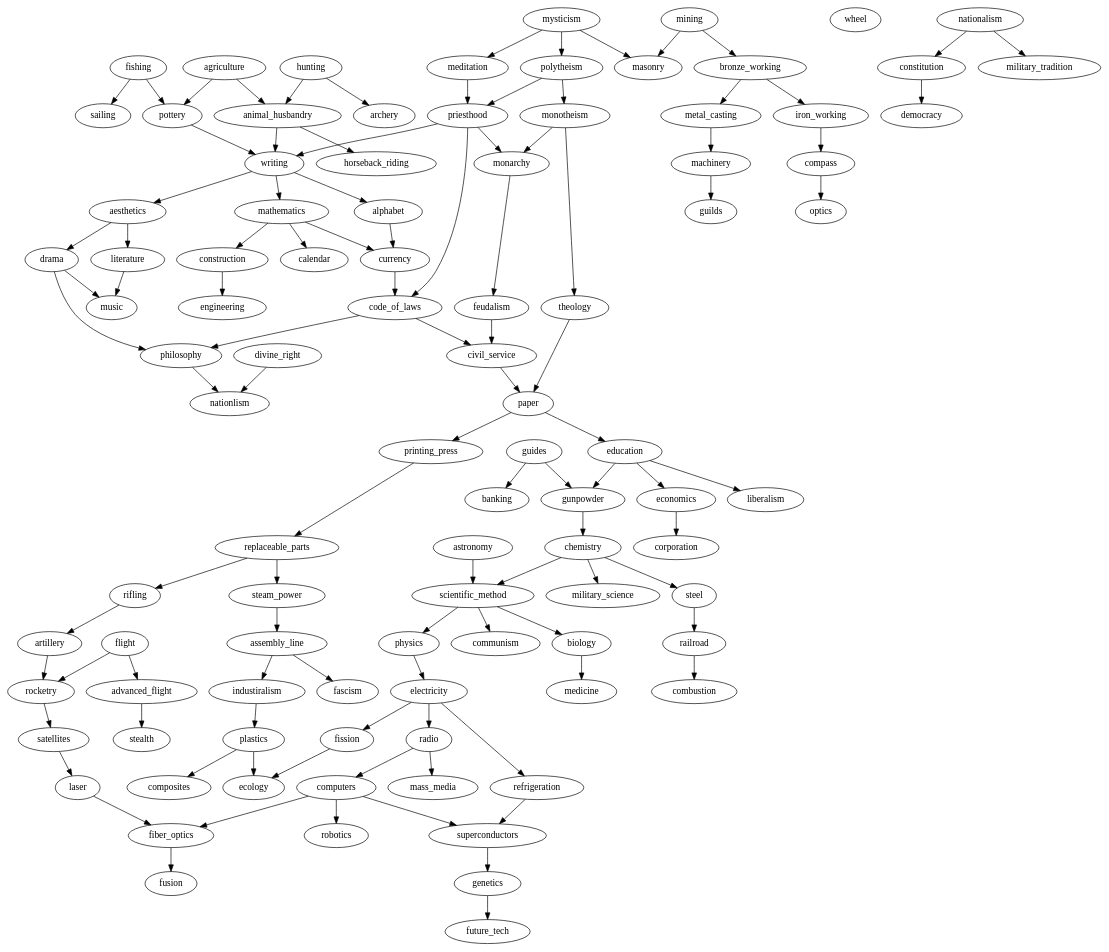
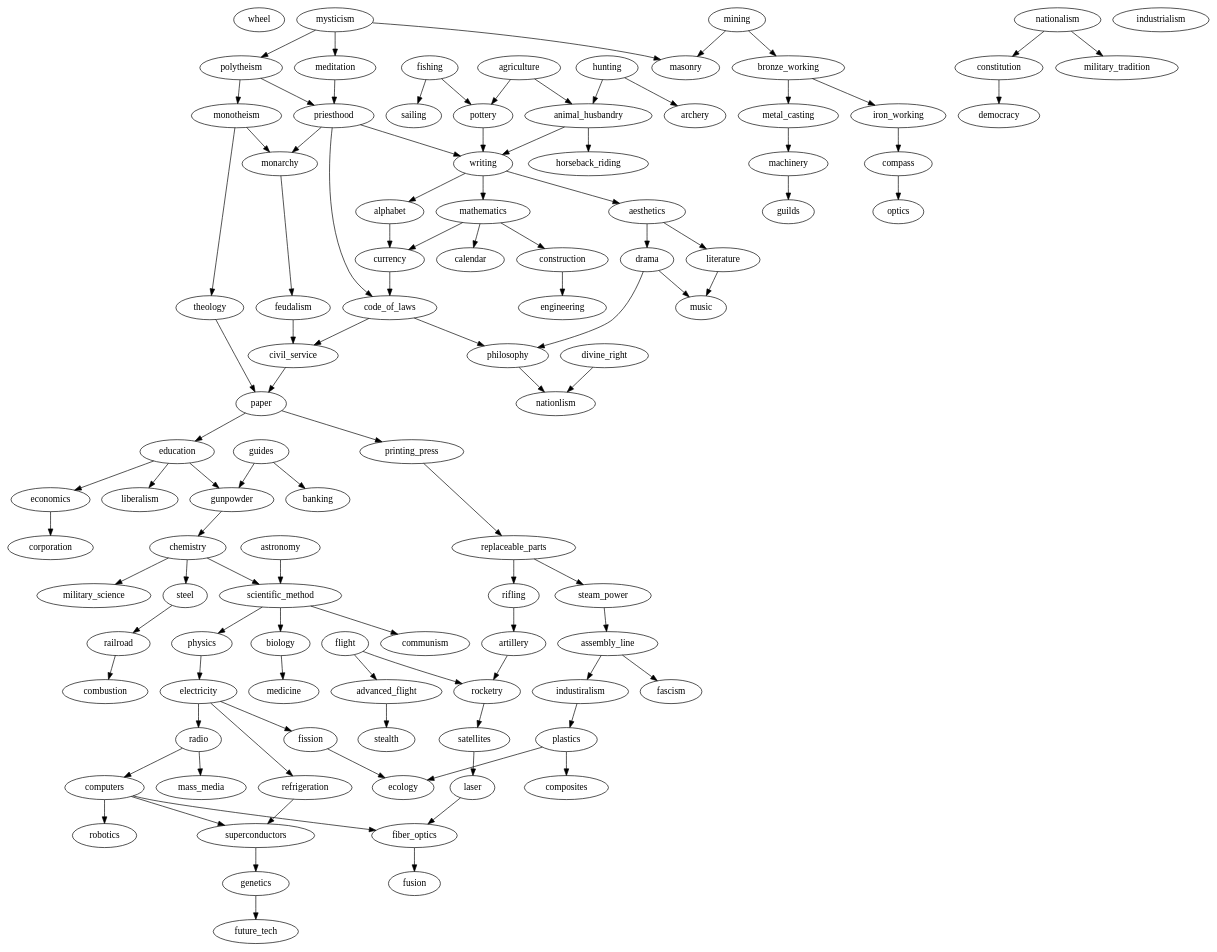
The diagram in site/_posts/civ_techtrees/data/civ4.dot (jgrey4296/jgrey4296.github.io), drawn with Graphviz before and after one commit. The commit also changed 86 other files, not shown here.

```diff
--- a/site/_posts/civ_techtrees/data/civ4.dot
+++ b/site/_posts/civ_techtrees/data/civ4.dot
@@ -1,72 +1,102 @@
 digraph civ4 {
-    fishing -> {sailing; pottery};
+    subgraph ancient     {
+        wheel; agriculture; animal_husbandry; fishing; hunting; mysticism; archery; pottery; writing; sailing; masonry; mining; priesthood; bronze_working; polytheism;
+        monotheism; meditation;
+    }
+    subgraph classical   {
+        monarchy; alphabet; mathematics; construction; code_of_laws; metal_casting; compass; currency; horseback_riding; drama;
+        calendar; iron_working; literature; aesthetics;
+    }
+    subgraph medieval    {
+        banking; engineering; guilds; feudalism; machinery; civil_service; philosophy;
+        optics; paper; music; divine_right;
+    }
+    subgraph renaissance {
+        economics; constitution; astronomy; democracy; education; chemistry;
+        corporation; replaceable_parts; gunpowder; rifling;
+        printing_press; nationalism; military_science; military_tradition;
+        liberalism;
+    }
+    subgraph industrial  {
+        railroad; electricity; assembly_line; steel; medicine; industrialism; communism; scientific_method; steam_power;
+        fission; combustion; biology; physics; fascism; artillery;
+    }
+    subgraph modern      {
+        radio; flight; mass_media; plastics; computers; ecology; refrigeration; rocketry;
+        robotics; satellites; fusion; laser; genetics; fiber_optics; advanced_flight; superconductors;
+    }
+    subgraph future      {
+        stealth; future_tech;
+    }
+
+    fishing           -> {sailing; pottery};
     wheel;
-    agriculture -> {pottery; animal_husbandry};
-    hunting -> {animal_husbandry; archery};
-    mysticism -> {meditation; polytheism; masonry};
-    mining -> {masonry; bronze_working};
-    pottery -> {writing};
-    animal_husbandry -> {writing; horseback_riding};
-    meditation -> {priesthood};
-    polytheism -> {priesthood; monotheism};
-    bronze_working -> {metal_casting; iron_working};
-    writing -> {aesthetics; mathematics; alphabet};
-    priesthood -> {writing; monarchy; code_of_laws};
-    monotheism -> {monarchy; theology};
-    metal_casting -> {machinery};
-    iron_working -> {compass};
-    aesthetics -> {literature; drama};
-    mathematics -> {calendar; construction; currency};
-    alphabet -> {currency};
-    currency -> {code_of_laws};
-    monarchy -> {feudalism};
-    machinery -> {guilds};
-    compass -> {optics};
-    literature -> {music};
-    drama -> {music; philosophy};
-    construction -> {engineering};
-    code_of_laws -> {philosophy; civil_service};
-    feudalism -> {civil_service};
-    philosophy -> {nationlism};
-    divine_right -> {nationlism};
-    civil_service -> {paper};
-    theology -> {paper};
-    guides -> {banking; gunpowder};
-    paper -> {printing_press; education};
-    printing_press -> {replaceable_parts};
-    nationalism -> {constitution; military_tradition};
-    education -> {liberalism; economics; gunpowder};
-    gunpowder -> {chemistry};
-    constitution -> {democracy};
+    agriculture       -> {pottery; animal_husbandry};
+    hunting           -> {animal_husbandry; archery};
+    mysticism         -> {meditation; polytheism; masonry};
+    mining            -> {masonry; bronze_working};
+    pottery           -> {writing};
+    animal_husbandry  -> {writing; horseback_riding};
+    meditation        -> {priesthood};
+    polytheism        -> {priesthood; monotheism};
+    bronze_working    -> {metal_casting; iron_working};
+    writing           -> {aesthetics; mathematics; alphabet};
+    priesthood        -> {writing; monarchy; code_of_laws};
+    monotheism        -> {monarchy; theology};
+    metal_casting     -> {machinery};
+    iron_working      -> {compass};
+    aesthetics        -> {literature; drama};
+    mathematics       -> {calendar; construction; currency};
+    alphabet          -> {currency};
+    currency          -> {code_of_laws};
+    monarchy          -> {feudalism};
+    machinery         -> {guilds};
+    compass           -> {optics};
+    literature        -> {music};
+    drama             -> {music; philosophy};
+    construction      -> {engineering};
+    code_of_laws      -> {philosophy; civil_service};
+    feudalism         -> {civil_service};
+    philosophy        -> {nationlism};
+    divine_right      -> {nationlism};
+    civil_service     -> {paper};
+    theology          -> {paper};
+    guides            -> {banking; gunpowder};
+    paper             -> {printing_press; education};
+    printing_press    -> {replaceable_parts};
+    nationalism       -> {constitution; military_tradition};
+    education         -> {liberalism; economics; gunpowder};
+    gunpowder         -> {chemistry};
+    constitution      -> {democracy};
     replaceable_parts -> {rifling; steam_power};
-    economics -> {corporation};
-    rifling -> {artillery};
-    steam_power -> {assembly_line};
-    astronomy -> {scientific_method};
-    chemistry -> {scientific_method; military_science; steel};
+    economics         -> {corporation};
+    rifling           -> {artillery};
+    steam_power       -> {assembly_line};
+    astronomy         -> {scientific_method};
+    chemistry         -> {scientific_method; military_science; steel};
     scientific_method -> {communism; physics; biology};
-    steel -> {railroad};
-    railroad -> {combustion};
-    biology -> {medicine};
-    physics -> {electricity};
-    assembly_line -> {fascism; industiralism};
-    artillery -> {rocketry};
-    flight -> {rocketry; advanced_flight};
-    electricity -> {fission; radio; refrigeration};
-    rocketry -> {satellites};
-    satellites -> {laser};
-    industiralism -> {plastics};
-    plastics -> {composites; ecology};
-    fission -> {ecology};
-    radio -> {mass_media; computers};
-    refrigeration -> {superconductors};
-    computers -> {superconductors; fiber_optics; robotics};
-    superconductors -> {genetics};
-    laser -> {fiber_optics};
-    advanced_flight -> {stealth};
-    fiber_optics -> {fusion};
-    genetics -> {future_tech};
+    steel             -> {railroad};
+    railroad          -> {combustion};
+    biology           -> {medicine};
+    physics           -> {electricity};
+    assembly_line     -> {fascism; industiralism};
+    artillery         -> {rocketry};
+    flight            -> {rocketry; advanced_flight};
+    electricity       -> {fission; radio; refrigeration};
+    rocketry          -> {satellites};
+    satellites        -> {laser};
+    industiralism     -> {plastics};
+    plastics          -> {composites; ecology};
+    fission           -> {ecology};
+    radio             -> {mass_media; computers};
+    refrigeration     -> {superconductors};
+    computers         -> {superconductors; fiber_optics; robotics};
+    superconductors   -> {genetics};
+    laser             -> {fiber_optics};
+    advanced_flight   -> {stealth};
+    fiber_optics      -> {fusion};
+    genetics          -> {future_tech};
 
 
 
 }
```
